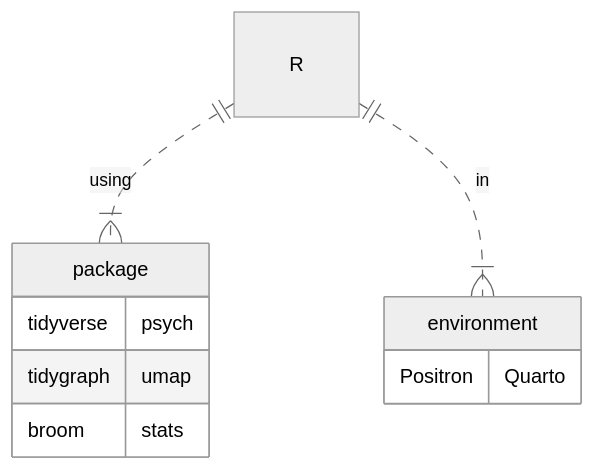
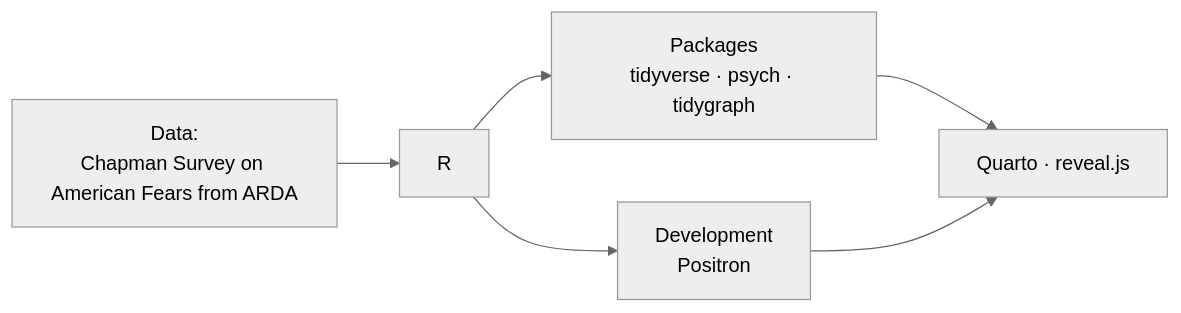
One commit to asleepwithabook/asleepwithabook changed the diagram in README.md. Above: the diagram before and after it, drawn with Mermaid. The commit also changed other lines of this file, not shown here.

Commit message:
change mermaid to flowchart; add takeaways

````diff
--- a/README.md
+++ b/README.md
@@ -45,16 +43,16 @@
 ```mermaid
 %%{init: {"theme": "default", "securityLevel": "strict", "startOnLoad": false, "theme": "neutral"}}%%
 
-erDiagram
-  R ||..|{ package : using
-  package {
-    tidyverse psych
-    tidygraph umap
-    broom stats
-  }
-  R ||..|{ environment : in
-  environment {
-    Positron Quarto
-  }
-  
+flowchart LR
+  DATA["Data:<br/>Chapman Survey on American Fears from ARDA"]
+  R["R"]
+  PACKAGE["Packages<br/>tidyverse · psych · tidygraph"]
+  DEVELOPMENT["Development<br/>Positron"]
+  PUBLISHING["Quarto · reveal.js"]
+
+  DATA --> R
+  R --> PACKAGE
+  R --> DEVELOPMENT
+  PACKAGE --> PUBLISHING
+  DEVELOPMENT --> PUBLISHING
 ```
````
